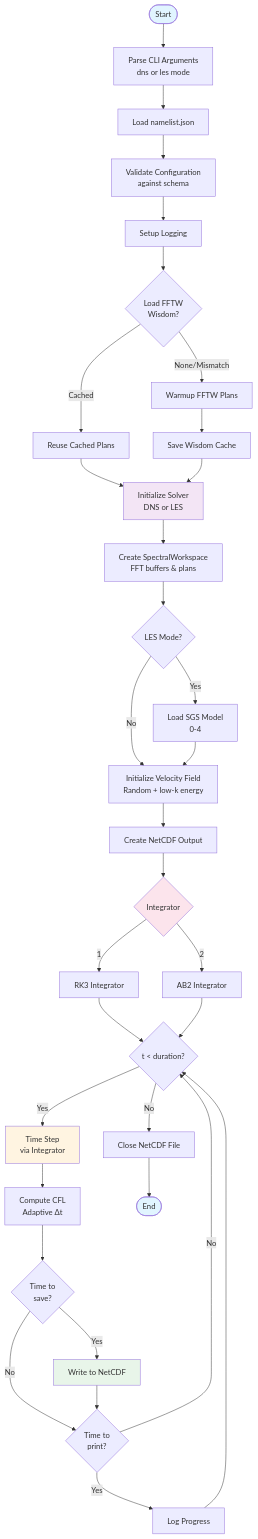
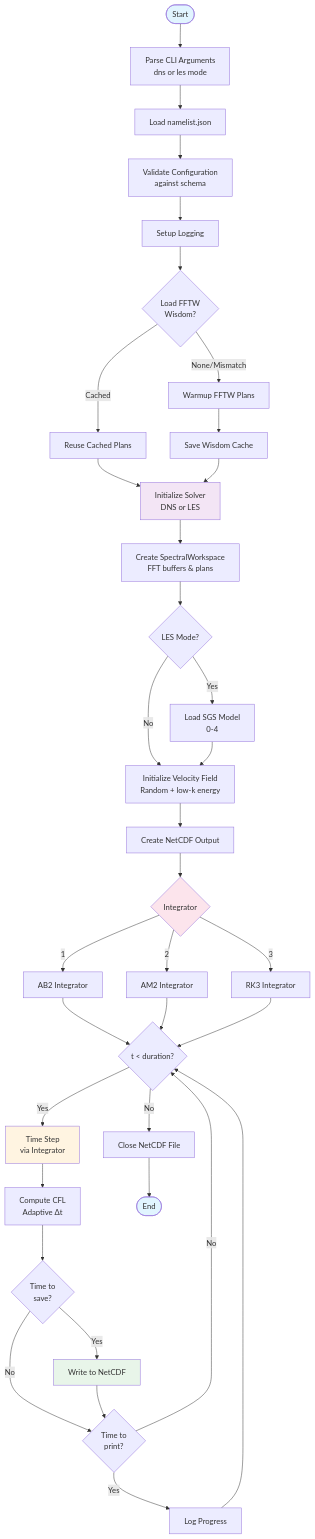
The second of 7 diagrams in docs/architecture.md (jeremygibbs/pyburgers), drawn with Mermaid before and after one commit. The commit also changed other lines of this file and 18 other files, not shown here.

````diff
--- a/docs/architecture.md
+++ b/docs/architecture.md
@@ -86,55 +88,57 @@
 ```mermaid
 flowchart TD
     Start([Start]) --> Parse[Parse CLI Arguments<br/>dns or les mode]
     Parse --> Load[Load namelist.json]
     Load --> Validate[Validate Configuration<br/>against schema]
     Validate --> Setup[Setup Logging]
     Setup --> LoadWisdom{Load FFTW<br/>Wisdom?}
 
     LoadWisdom -->|Cached| Reuse[Reuse Cached Plans]
     LoadWisdom -->|None/Mismatch| Warmup[Warmup FFTW Plans]
 
     Reuse --> InitSolver
     Warmup --> SaveWisdom[Save Wisdom Cache]
     SaveWisdom --> InitSolver
 
     InitSolver[Initialize Solver<br/>DNS or LES] --> CreateWorkspace[Create SpectralWorkspace<br/>FFT buffers & plans]
     CreateWorkspace --> InitSGS{LES Mode?}
 
     InitSGS -->|Yes| LoadSGS[Load SGS Model<br/>0-4]
     InitSGS -->|No| InitIC
     LoadSGS --> InitIC
 
     InitIC[Initialize Velocity Field<br/>Random + low-k energy] --> CreateOutput[Create NetCDF Output]
     CreateOutput --> SelectIntegrator{Integrator}
 
-    SelectIntegrator -->|1| UseRK3[RK3 Integrator]
-    SelectIntegrator -->|2| UseAB2[AB2 Integrator]
+    SelectIntegrator -->|1| UseAB2[AB2 Integrator]
+    SelectIntegrator -->|2| UseAM2[AM2 Integrator]
+    SelectIntegrator -->|3| UseRK3[RK3 Integrator]
 
+    UseAB2 --> TimeLoop
+    UseAM2 --> TimeLoop
     UseRK3 --> TimeLoop
-    UseAB2 --> TimeLoop
 
     TimeLoop{t < duration?}
 
     TimeLoop -->|Yes| TimeStep[Time Step<br/>via Integrator]
     TimeStep --> ComputeCFL[Compute CFL<br/>Adaptive Δt]
     ComputeCFL --> CheckSave{Time to<br/>save?}
 
     CheckSave -->|Yes| WriteNC[Write to NetCDF]
     CheckSave -->|No| CheckPrint
     WriteNC --> CheckPrint{Time to<br/>print?}
 
     CheckPrint -->|Yes| LogProgress[Log Progress]
     CheckPrint -->|No| TimeLoop
     LogProgress --> TimeLoop
 
     TimeLoop -->|No| CloseOutput[Close NetCDF File]
     CloseOutput --> End([End])
 
     style Start fill:#e1f5ff
     style End fill:#e1f5ff
     style TimeStep fill:#fff4e1
     style SelectIntegrator fill:#fce4ec
     style WriteNC fill:#e8f5e9
     style InitSolver fill:#f3e5f5
 ```
````
